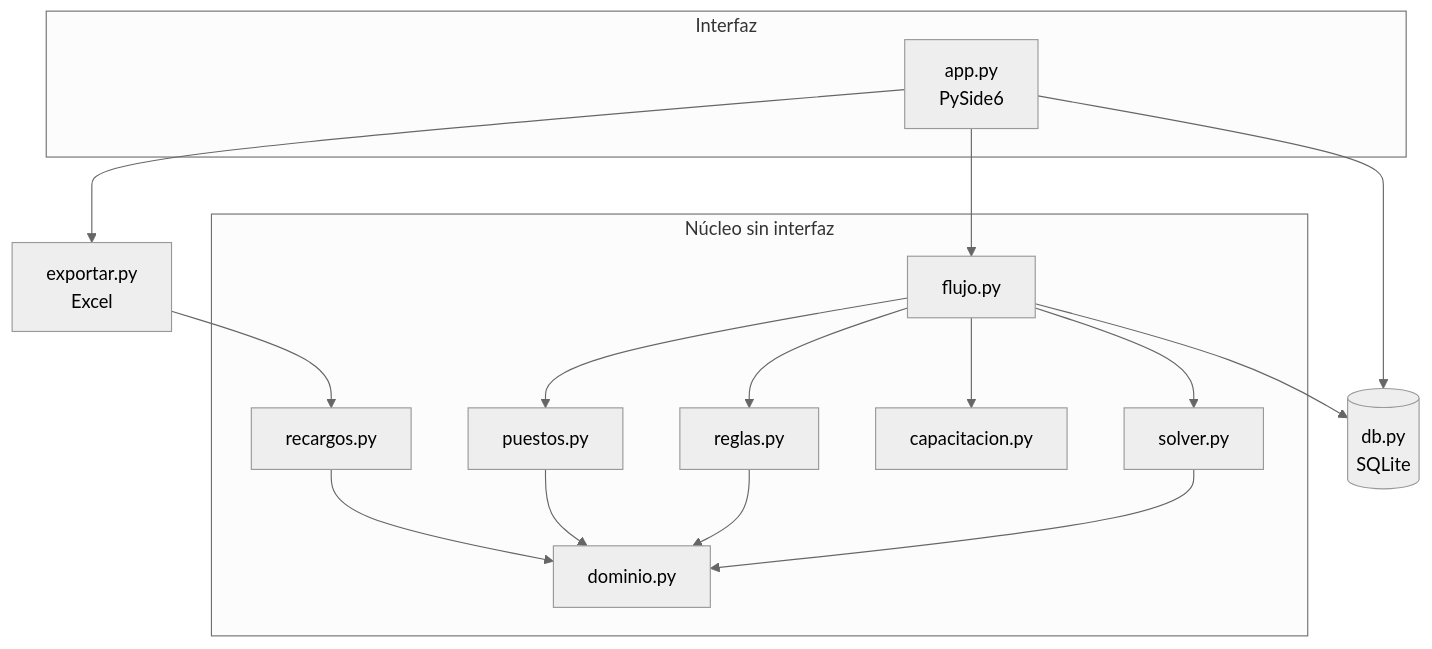
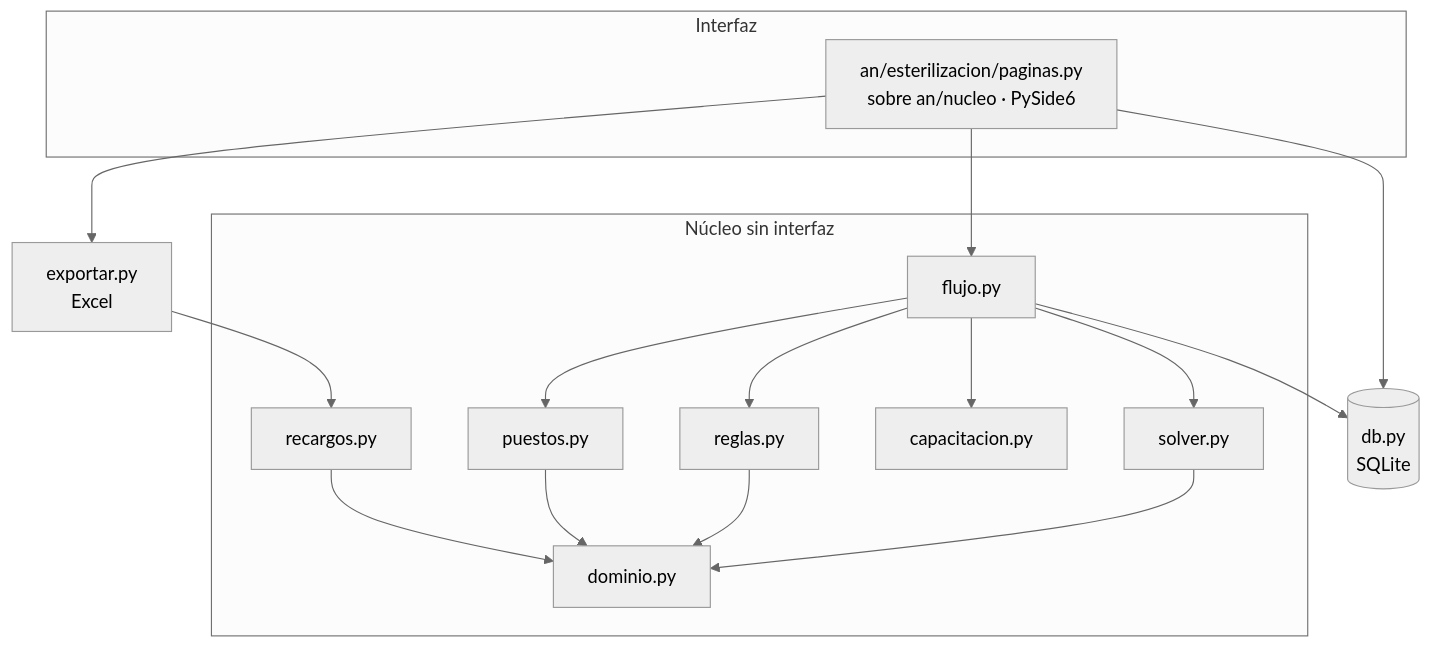
The diagram in docs/ARQUITECTURA.md (jssdv/an-turnos), drawn with Mermaid (neutral theme) before and after one commit. The commit also changed other lines of this file and 11 other files, not shown here.

````diff
--- a/docs/ARQUITECTURA.md
+++ b/docs/ARQUITECTURA.md
@@ -9,24 +9,24 @@
 ```mermaid
 flowchart TB
     subgraph UI[Interfaz]
-        app[app.py<br/>PySide6]
+        app[an/esterilizacion/paginas.py<br/>sobre an/nucleo · PySide6]
     end
     subgraph Nucleo[Núcleo sin interfaz]
         flujo[flujo.py]
         solver[solver.py]
         reglas[reglas.py]
         puestos[puestos.py]
         cap[capacitacion.py]
         rec[recargos.py]
         dom[dominio.py]
     end
     db[(db.py<br/>SQLite)]
     exp[exportar.py<br/>Excel]
     app --> flujo
     app --> exp
     flujo --> solver & puestos & cap & reglas
     exp --> rec
     solver & reglas & puestos & rec --> dom
     flujo --> db
     app --> db
 ```
````
